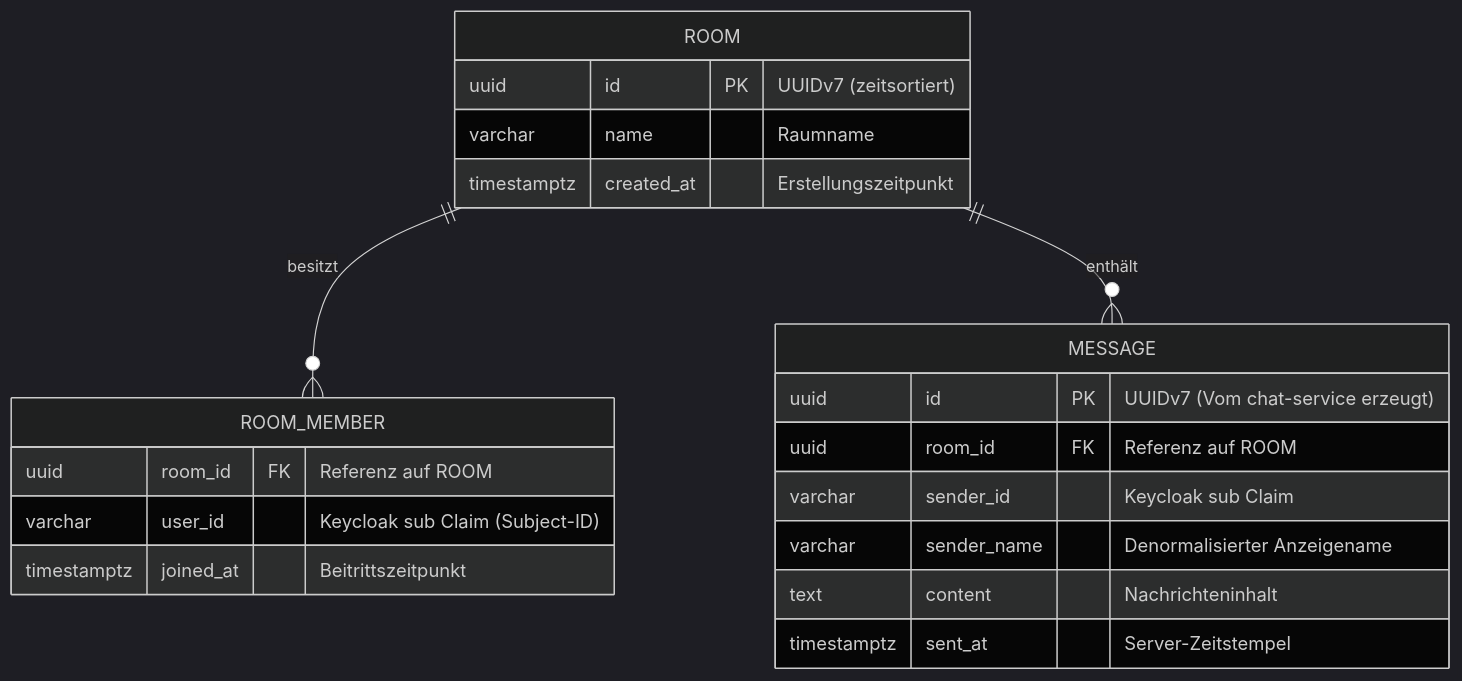
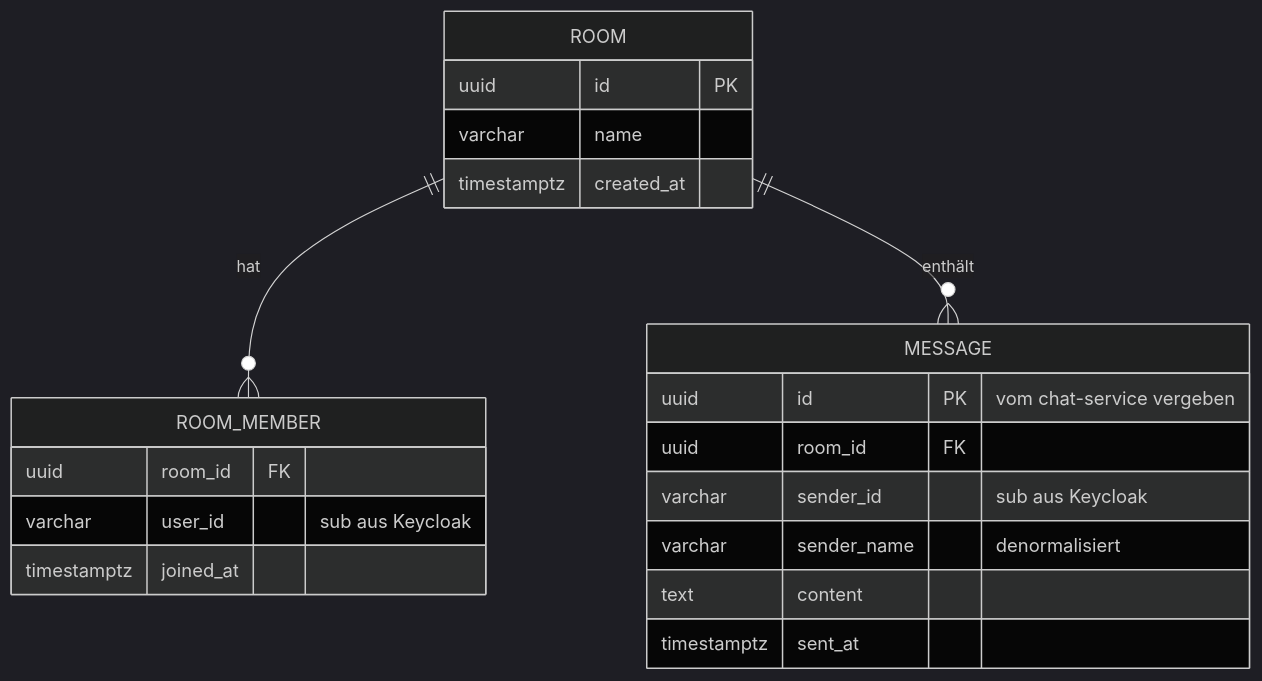
One commit to Vidrai/it3c-m321 changed the fifth of 5 diagrams in PLANUNG.md. Above: the diagram before and after it, drawn with Mermaid (dark theme). The commit also changed other lines of this file and 5 other files, not shown here.

````diff
--- a/PLANUNG.md
+++ b/PLANUNG.md
@@ -258,24 +239,24 @@
 ```mermaid
 erDiagram
-    ROOM ||--o{ ROOM_MEMBER : "besitzt"
+    ROOM ||--o{ ROOM_MEMBER : "hat"
     ROOM ||--o{ MESSAGE : "enthält"
 
     ROOM {
-        uuid id PK "UUIDv7 (zeitsortiert)"
-        varchar name "Raumname"
-        timestamptz created_at "Erstellungszeitpunkt"
+        uuid id PK
+        varchar name
+        timestamptz created_at
     }
     ROOM_MEMBER {
-        uuid room_id FK "Referenz auf ROOM"
-        varchar user_id "Keycloak sub Claim (Subject-ID)"
-        timestamptz joined_at "Beitrittszeitpunkt"
+        uuid room_id FK
+        varchar user_id "sub aus Keycloak"
+        timestamptz joined_at
     }
     MESSAGE {
-        uuid id PK "UUIDv7 (Vom chat-service erzeugt)"
-        uuid room_id FK "Referenz auf ROOM"
-        varchar sender_id "Keycloak sub Claim"
-        varchar sender_name "Denormalisierter Anzeigename"
-        text content "Nachrichteninhalt"
-        timestamptz sent_at "Server-Zeitstempel"
+        uuid id PK "vom chat-service vergeben"
+        uuid room_id FK
+        varchar sender_id "sub aus Keycloak"
+        varchar sender_name "denormalisiert"
+        text content
+        timestamptz sent_at
     }
 ```
````
